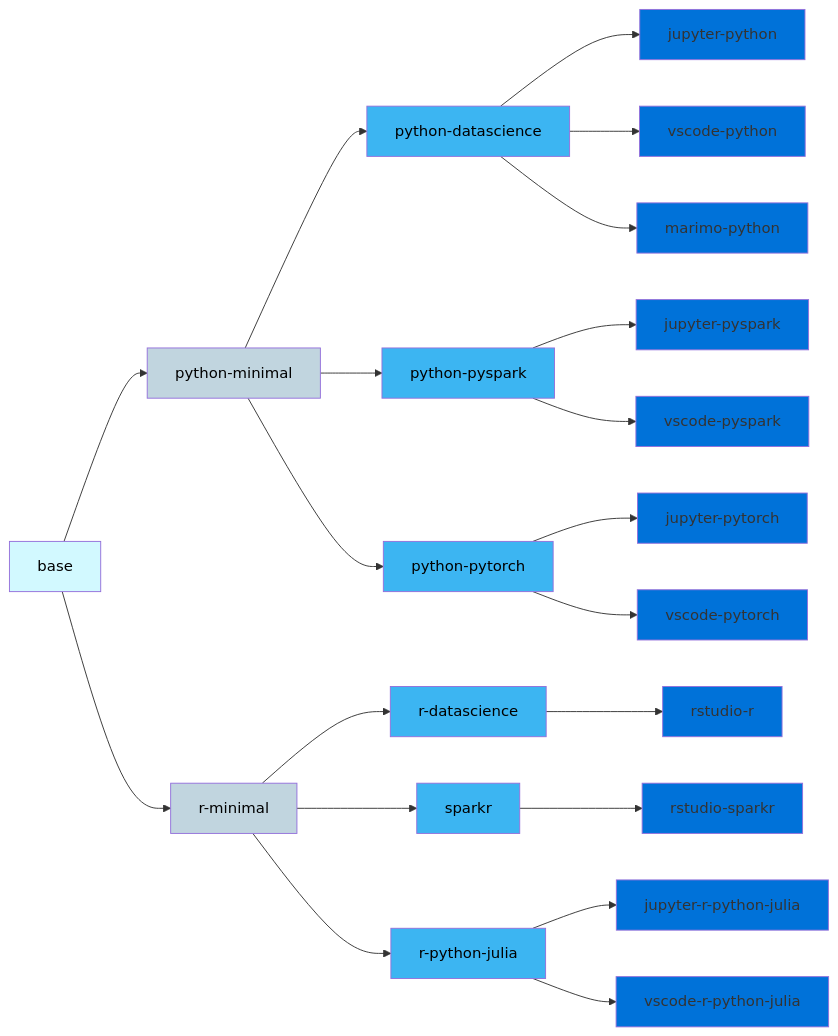
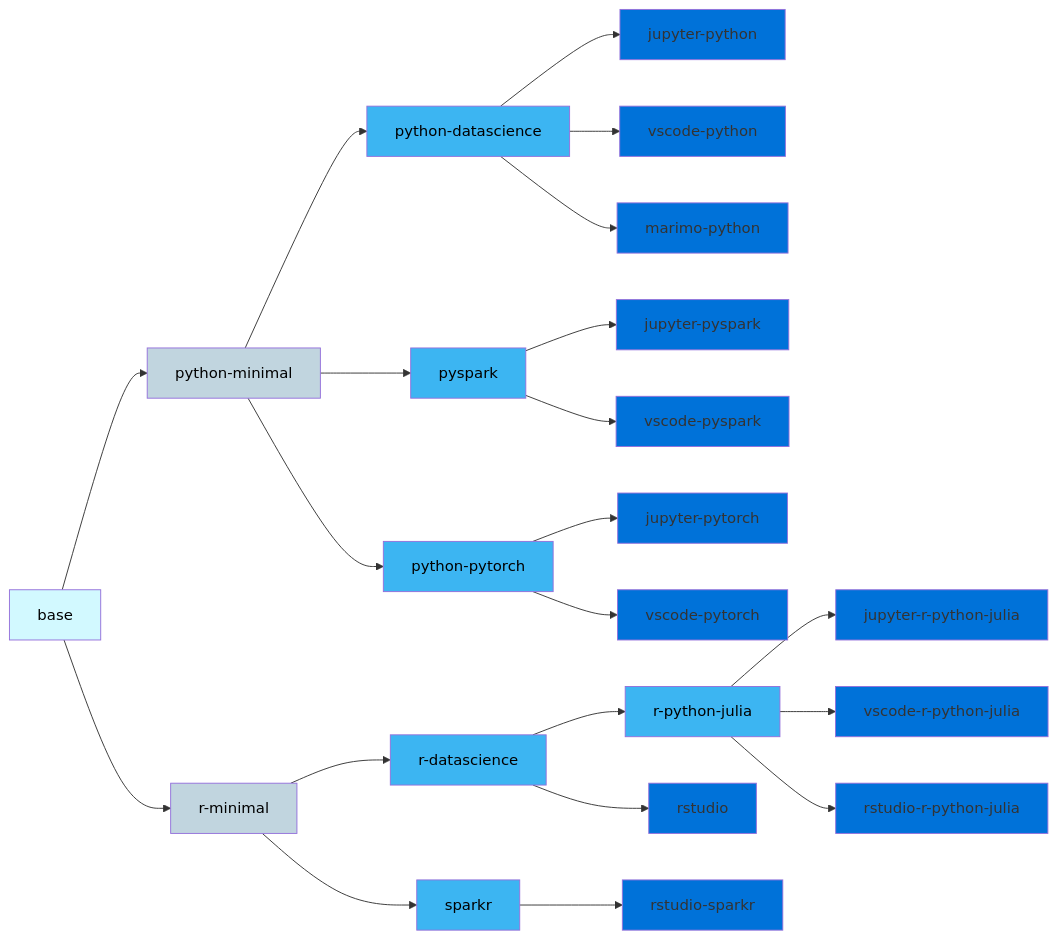
Before and after one commit to InseeFrLab/images-datascience: the diagram in README.md, drawn with Mermaid. The commit also changed other lines of this file, not shown here.

````diff
--- a/README.md
+++ b/README.md
@@ -15,26 +15,27 @@
 ```mermaid
   graph LR;
       B[base]:::base-->PM[python-minimal]:::minimal;
       B-->RM[r-minimal]:::minimal;
       PM-->PYDS[python-datascience]:::package;
-      PM-->PYSPARK[python-pyspark]:::package;
+      PM-->PYSPARK[pyspark]:::package;
       PM-->PYTORCH[python-pytorch]:::package;
       RM-->RDS[r-datascience]:::package;
       RM-->RSPARK[sparkr]:::package;
-      RM-->RPYJU[r-python-julia]:::package;
+      RDS-->RPYJU[r-python-julia]:::package;
       PYSPARK--> JPYSPARK[jupyter-pyspark]:::ide;
       PYDS--> JPYDS[jupyter-python]:::ide;
       PYTORCH--> JPYTORCH[jupyter-pytorch]:::ide;
       PYSPARK--> VSCODEPYSPARK[vscode-pyspark]:::ide;
       PYDS--> VSCODEPYDS[vscode-python]:::ide;
       PYTORCH--> VSCODEPYTORCH[vscode-pytorch]:::ide;
       PYDS--> MARIMOPYDS[marimo-python]:::ide;
       RSPARK -->RSTUDIOSPARKR[rstudio-sparkr]:::ide;
-      RDS--> RSTUDIORDS[rstudio-r]:::ide;
+      RDS--> RSTUDIORDS[rstudio]:::ide;
       RPYJU--> JRPYJU[jupyter-r-python-julia]:::ide;
       RPYJU--> VSCODERPYJU[vscode-r-python-julia]:::ide;
+      RPYJU--> RSTUDIORPYJU[rstudio-r-python-julia]:::ide;
       classDef base fill:#d2f9ff,color:#000  ;
       classDef minimal fill:#C1D5DF,color:#000;
       classDef package fill:#3cb5f2 ,color:#000  ;
       classDef ide fill:#0072d9  ;
 ```
````
